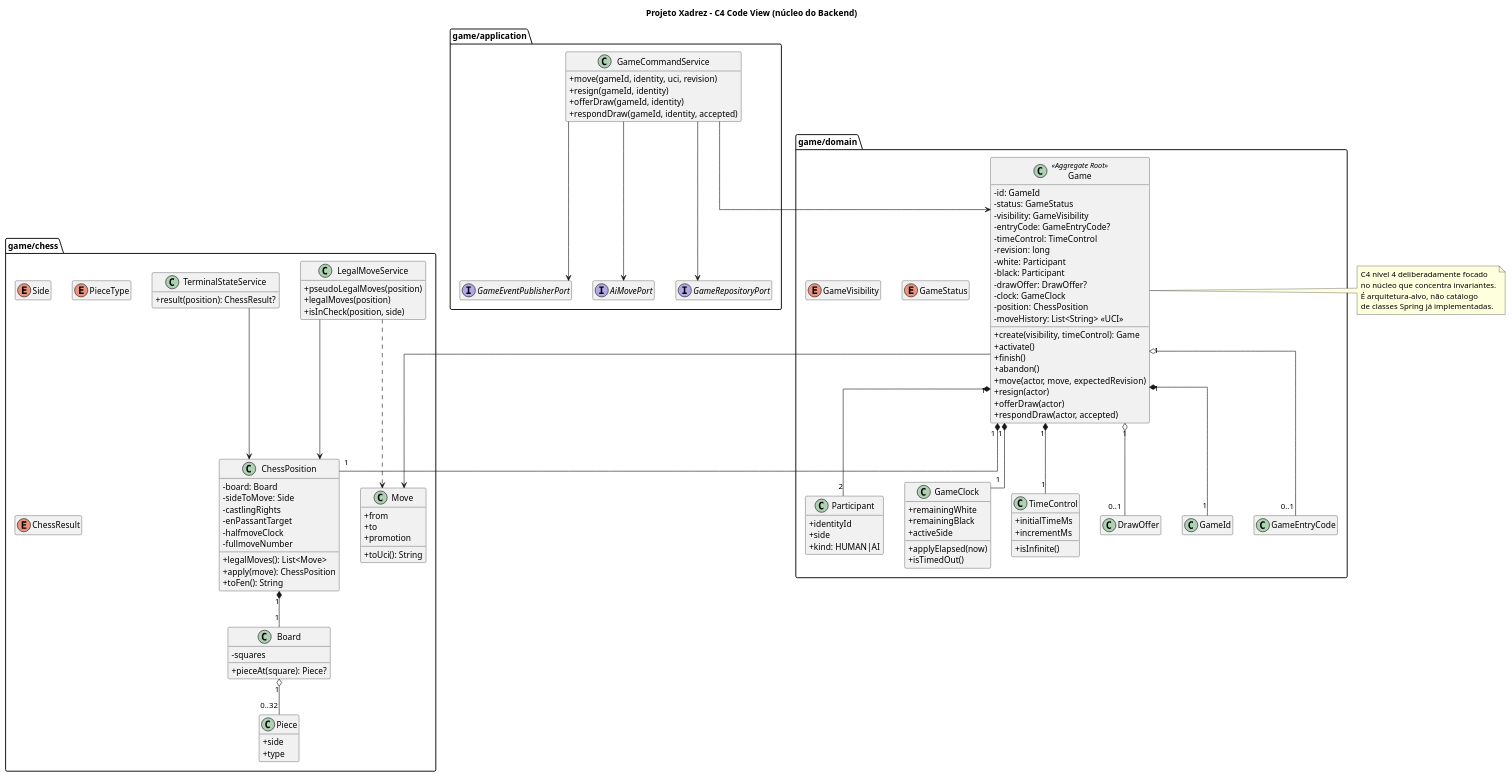
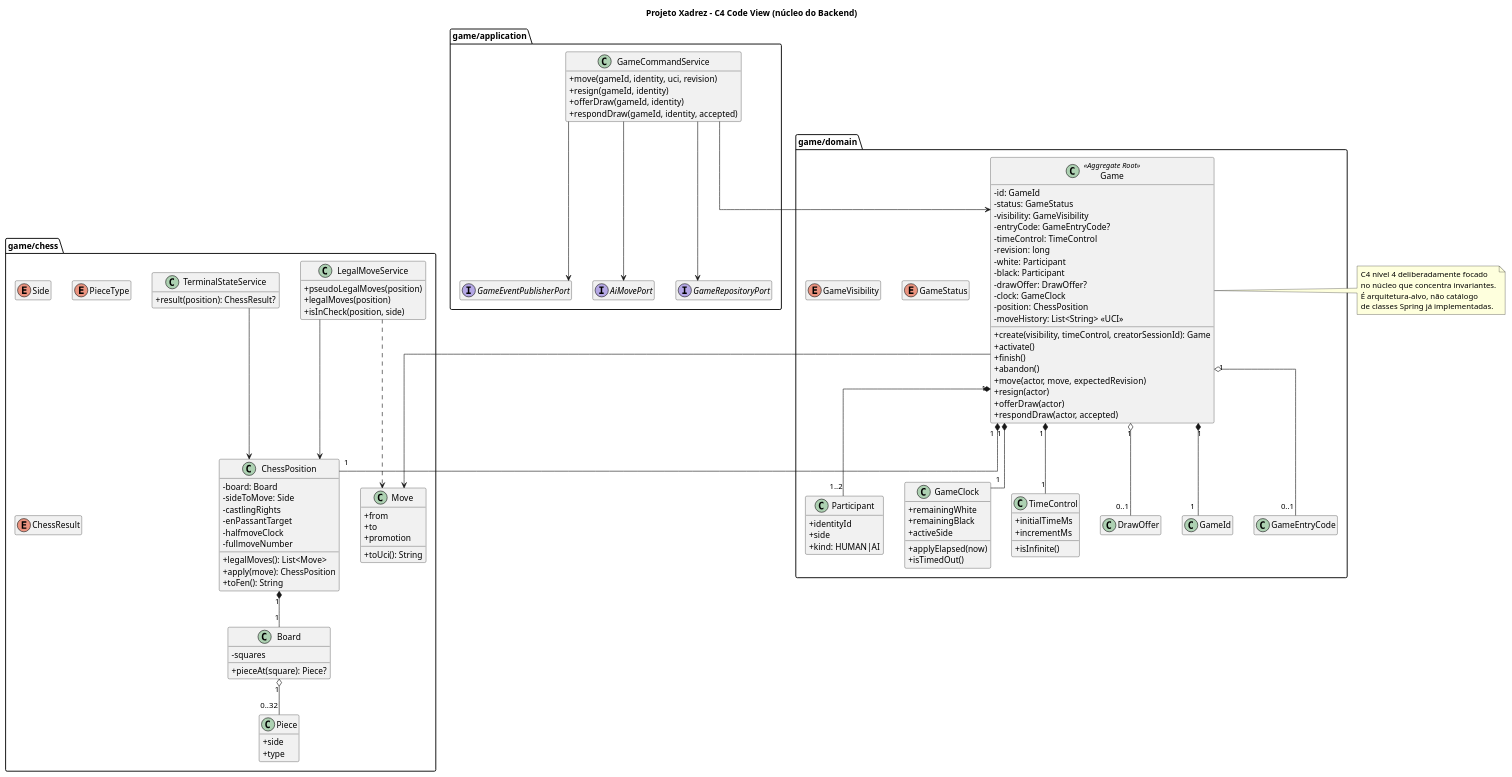
One commit to brenomega/chess-backend changed the diagram in docs/architecture/diagrams/c4-domain-code.puml. Above: the diagram before and after it, drawn with PlantUML. The commit also changed 1 other file, not shown here.

```diff
--- a/docs/architecture/diagrams/c4-domain-code.puml
+++ b/docs/architecture/diagrams/c4-domain-code.puml
@@ -1,141 +1,141 @@
 @startuml
 hide empty members
 skinparam classAttributeIconSize 0
 skinparam linetype ortho
 
 title Projeto Xadrez - C4 Code View (núcleo do Backend)
 
 package "game/domain" {
   class Game <<Aggregate Root>> {
     - id: GameId
     - status: GameStatus
     - visibility: GameVisibility
     - entryCode: GameEntryCode?
     - timeControl: TimeControl
     - revision: long
     - white: Participant
     - black: Participant
     - drawOffer: DrawOffer?
     - clock: GameClock
     - position: ChessPosition
     - moveHistory: List<String> <<UCI>>
-    + create(visibility, timeControl): Game
+    + create(visibility, timeControl, creatorSessionId): Game
     + activate()
     + finish()
     + abandon()
     + move(actor, move, expectedRevision)
     + resign(actor)
     + offerDraw(actor)
     + respondDraw(actor, accepted)
   }
 
   class Participant {
     + identityId
     + side
     + kind: HUMAN|AI
   }
 
   class GameClock {
     + remainingWhite
     + remainingBlack
     + activeSide
     + applyElapsed(now)
     + isTimedOut()
   }
 
   class TimeControl {
     + initialTimeMs
     + incrementMs
     + isInfinite()
   }
 
   class DrawOffer
   class GameId
   class GameEntryCode
   enum GameStatus
   enum GameVisibility
 }
 
 package "game/chess" {
   class ChessPosition {
     - board: Board
     - sideToMove: Side
     - castlingRights
     - enPassantTarget
     - halfmoveClock
     - fullmoveNumber
     + legalMoves(): List<Move>
     + apply(move): ChessPosition
     + toFen(): String
   }
 
   class Board {
     - squares
     + pieceAt(square): Piece?
   }
 
   class Move {
     + from
     + to
     + promotion
     + toUci(): String
   }
 
   class Piece {
     + side
     + type
   }
 
   class LegalMoveService {
     + pseudoLegalMoves(position)
     + legalMoves(position)
     + isInCheck(position, side)
   }
 
   class TerminalStateService {
     + result(position): ChessResult?
   }
 
   enum Side
   enum PieceType
   enum ChessResult
 }
 
 package "game/application" {
   class GameCommandService {
     + move(gameId, identity, uci, revision)
     + resign(gameId, identity)
     + offerDraw(gameId, identity)
     + respondDraw(gameId, identity, accepted)
   }
 
   interface GameRepositoryPort
   interface GameEventPublisherPort
   interface AiMovePort
 }
 
 Game "1" *-- "1" ChessPosition
 Game "1" *-- "1" GameClock
 Game "1" *-- "1" TimeControl
-Game "1" *-- "2" Participant
+Game "1" *-- "1..2" Participant
 Game "1" o-- "0..1" DrawOffer
 Game "1" *-- "1" GameId
 Game "1" o-- "0..1" GameEntryCode
 ChessPosition "1" *-- "1" Board
 Board "1" o-- "0..32" Piece
 LegalMoveService --> ChessPosition
 TerminalStateService --> ChessPosition
 LegalMoveService ..> Move
 GameCommandService --> GameRepositoryPort
 GameCommandService --> Game
 GameCommandService --> GameEventPublisherPort
 GameCommandService --> AiMovePort
 Game --> Move
 
 note right of Game
 C4 nível 4 deliberadamente focado
 no núcleo que concentra invariantes.
 É arquitetura-alvo, não catálogo
 de classes Spring já implementadas.
 end note
 @enduml
```
